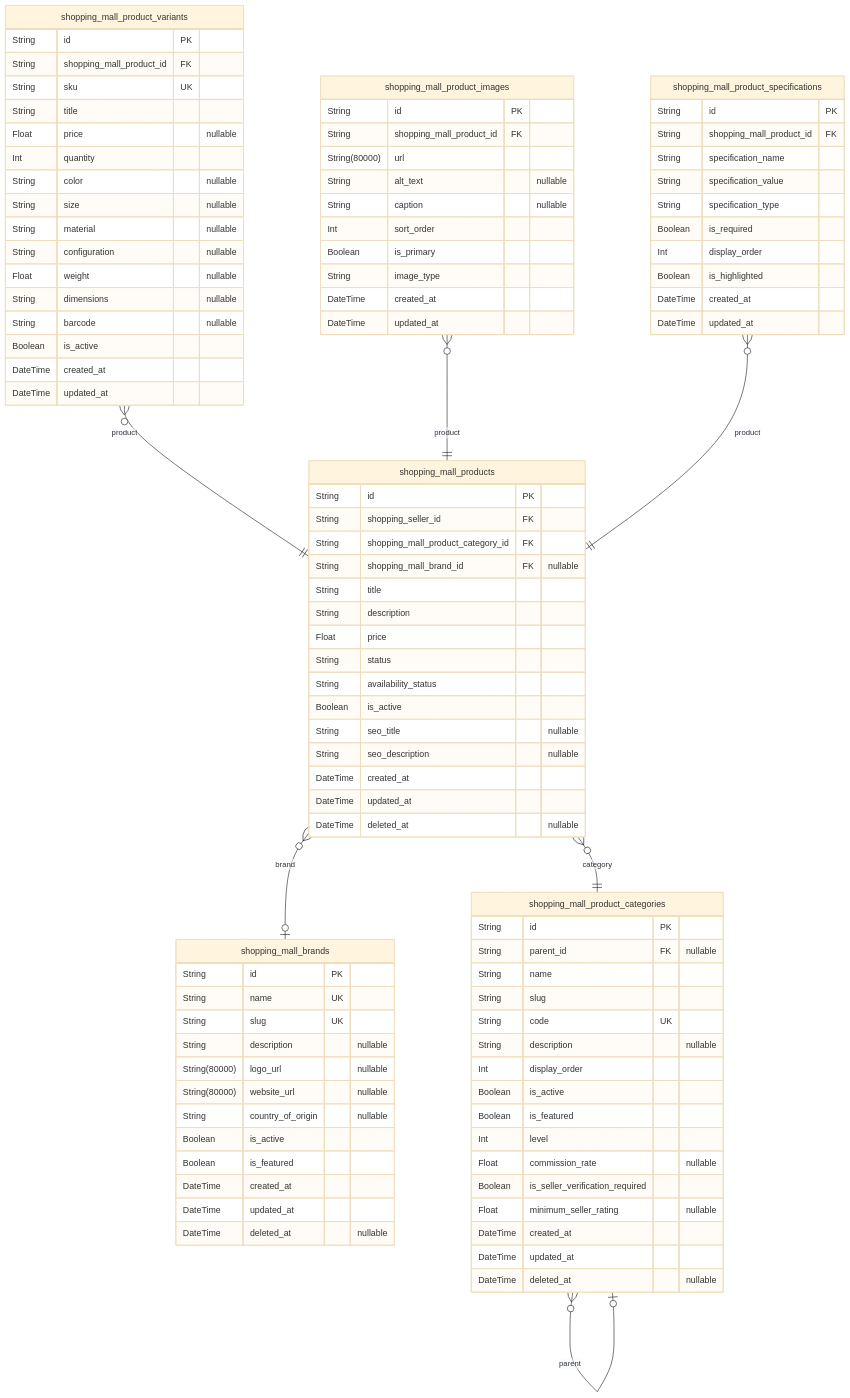
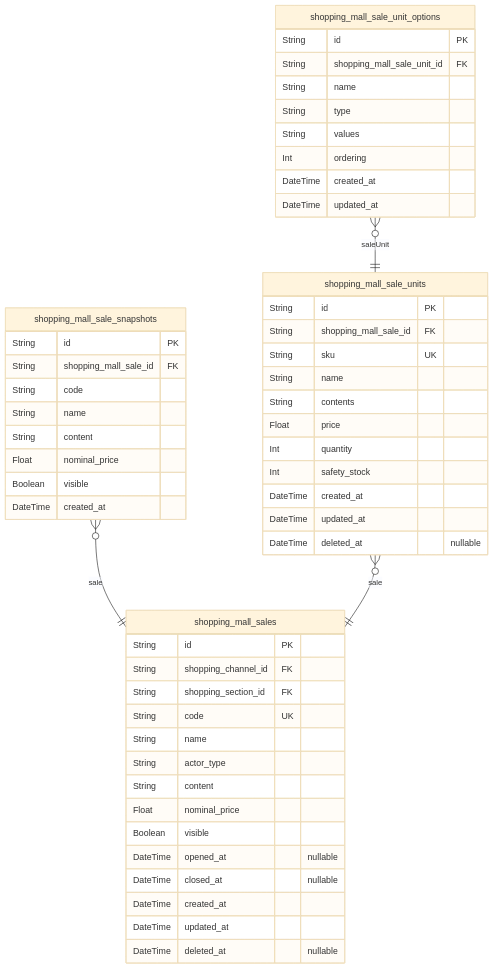
One commit to wrtnlabs/autobe-examples changed the third of 10 diagrams in moonshotai/kimi-k2-0905-exacto/shopping/docs/ERD.md. Above: the diagram before and after it, drawn with Mermaid (base theme). The commit also changed other lines of this file and 22498 other files, not shown here.

````diff
--- a/moonshotai/kimi-k2-0905-exacto/shopping/docs/ERD.md
+++ b/moonshotai/kimi-k2-0905-exacto/shopping/docs/ERD.md
@@ -498,100 +502,55 @@
 ```mermaid
 erDiagram
-"shopping_mall_products" {
+"shopping_mall_sales" {
   String id PK
-  String shopping_seller_id FK
-  String shopping_mall_product_category_id FK
-  String shopping_mall_brand_id FK "nullable"
-  String title
-  String description
-  Float price
-  String status
-  String availability_status
-  Boolean is_active
-  String seo_title "nullable"
-  String seo_description "nullable"
+  String shopping_channel_id FK
+  String shopping_section_id FK
+  String code UK
+  String name
+  String actor_type
+  String content
+  Float nominal_price
+  Boolean visible
+  DateTime opened_at "nullable"
+  DateTime closed_at "nullable"
   DateTime created_at
   DateTime updated_at
   DateTime deleted_at "nullable"
 }
-"shopping_mall_product_variants" {
+"shopping_mall_sale_snapshots" {
   String id PK
-  String shopping_mall_product_id FK
+  String shopping_mall_sale_id FK
+  String code
+  String name
+  String content
+  Float nominal_price
+  Boolean visible
+  DateTime created_at
+}
+"shopping_mall_sale_units" {
+  String id PK
+  String shopping_mall_sale_id FK
   String sku UK
-  String title
-  Float price "nullable"
+  String name
+  String contents
+  Float price
   Int quantity
-  String color "nullable"
-  String size "nullable"
-  String material "nullable"
-  String configuration "nullable"
-  Float weight "nullable"
-  String dimensions "nullable"
-  String barcode "nullable"
-  Boolean is_active
-  DateTime created_at
-  DateTime updated_at
-}
-"shopping_mall_product_images" {
-  String id PK
-  String shopping_mall_product_id FK
-  String(80000) url
-  String alt_text "nullable"
-  String caption "nullable"
-  Int sort_order
-  Boolean is_primary
-  String image_type
-  DateTime created_at
-  DateTime updated_at
-}
-"shopping_mall_product_specifications" {
-  String id PK
-  String shopping_mall_product_id FK
-  String specification_name
-  String specification_value
-  String specification_type
-  Boolean is_required
-  Int display_order
-  Boolean is_highlighted
-  DateTime created_at
-  DateTime updated_at
-}
-"shopping_mall_brands" {
-  String id PK
-  String name UK
-  String slug UK
-  String description "nullable"
-  String(80000) logo_url "nullable"
-  String(80000) website_url "nullable"
-  String country_of_origin "nullable"
-  Boolean is_active
-  Boolean is_featured
+  Int safety_stock
   DateTime created_at
   DateTime updated_at
   DateTime deleted_at "nullable"
 }
-"shopping_mall_product_categories" {
+"shopping_mall_sale_unit_options" {
   String id PK
-  String parent_id FK "nullable"
+  String shopping_mall_sale_unit_id FK
   String name
-  String slug
-  String code UK
-  String description "nullable"
-  Int display_order
-  Boolean is_active
-  Boolean is_featured
-  Int level
-  Float commission_rate "nullable"
-  Boolean is_seller_verification_required
-  Float minimum_seller_rating "nullable"
+  String type
+  String values
+  Int ordering
   DateTime created_at
   DateTime updated_at
-  DateTime deleted_at "nullable"
 }
-"shopping_mall_products" }o--|| "shopping_mall_product_categories" : category
-"shopping_mall_products" }o--o| "shopping_mall_brands" : brand
-"shopping_mall_product_variants" }o--|| "shopping_mall_products" : product
-"shopping_mall_product_images" }o--|| "shopping_mall_products" : product
-"shopping_mall_product_specifications" }o--|| "shopping_mall_products" : product
-"shopping_mall_product_categories" }o--o| "shopping_mall_product_categories" : parent
+"shopping_mall_sale_snapshots" }o--|| "shopping_mall_sales" : sale
+"shopping_mall_sale_units" }o--|| "shopping_mall_sales" : sale
+"shopping_mall_sale_unit_options" }o--|| "shopping_mall_sale_units" : saleUnit
 ```
````
